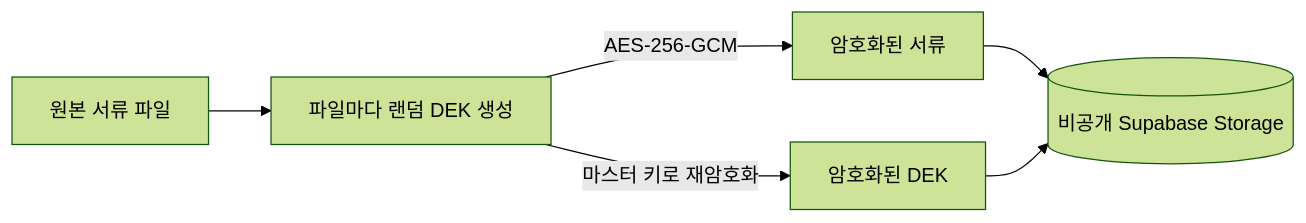
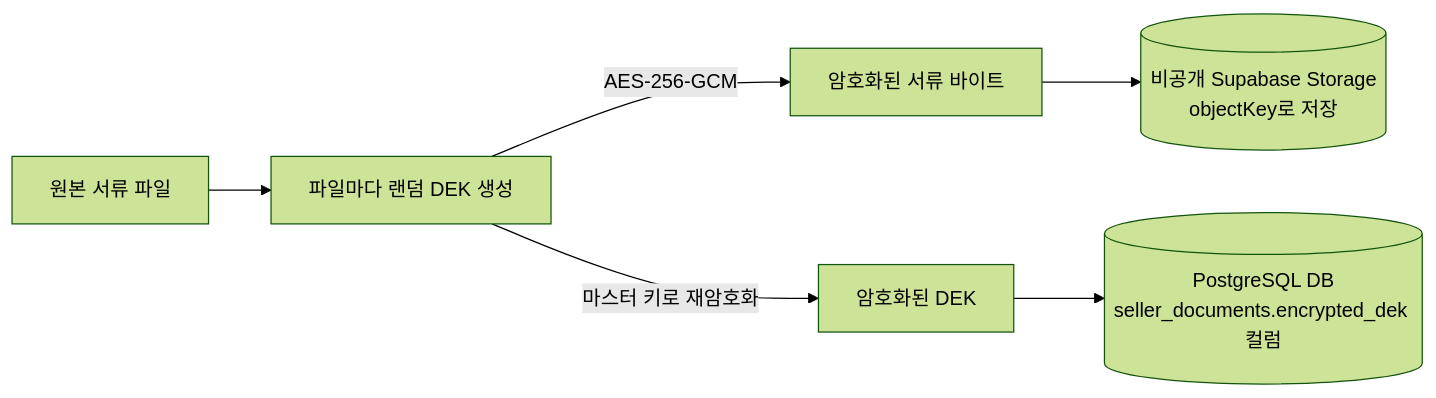
The third of 4 diagrams in README.md (sang9831/Grab), drawn with Mermaid (forest theme) before and after one commit. The commit also changed other lines of this file, not shown here.

Commit message:
fix: 암호화된 DEK 저장 위치 정정 (Storage 아닌 DB)

````diff
--- a/README.md
+++ b/README.md
@@ -92,8 +92,8 @@
 ```mermaid
 flowchart LR
     F[원본 서류 파일] --> DEK[파일마다 랜덤 DEK 생성]
-    DEK -->|AES-256-GCM| ENC[암호화된 서류]
+    DEK -->|AES-256-GCM| ENC[암호화된 서류 바이트]
     DEK -->|마스터 키로 재암호화| ENCDEK[암호화된 DEK]
-    ENC --> STORE[(비공개 Supabase Storage)]
-    ENCDEK --> STORE
+    ENC --> STORAGE[(비공개 Supabase Storage<br/>objectKey로 저장)]
+    ENCDEK --> DB[(PostgreSQL DB<br/>seller_documents.encrypted_dek 컬럼)]
 ```
````
